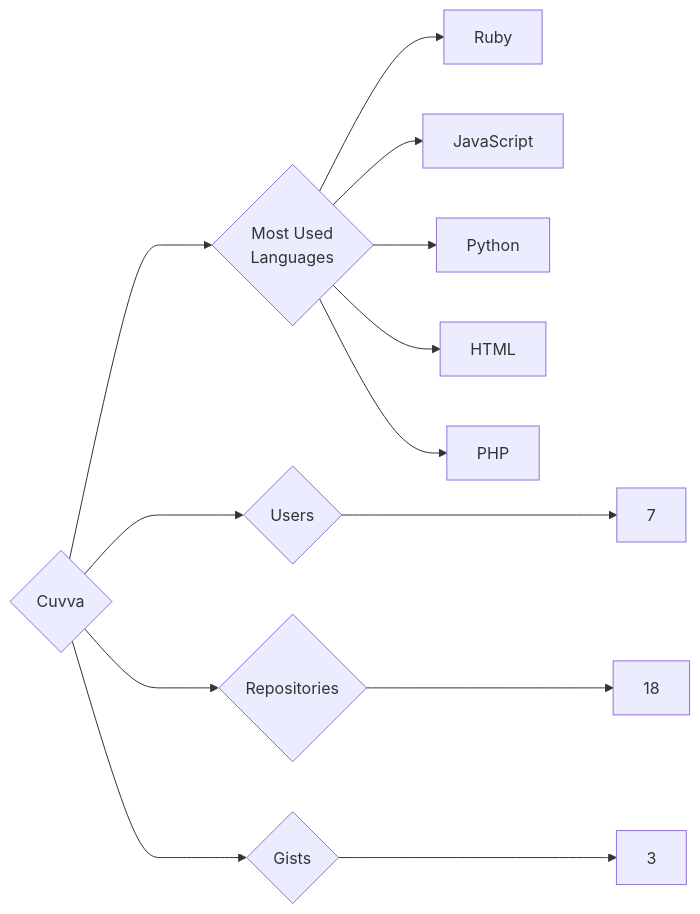
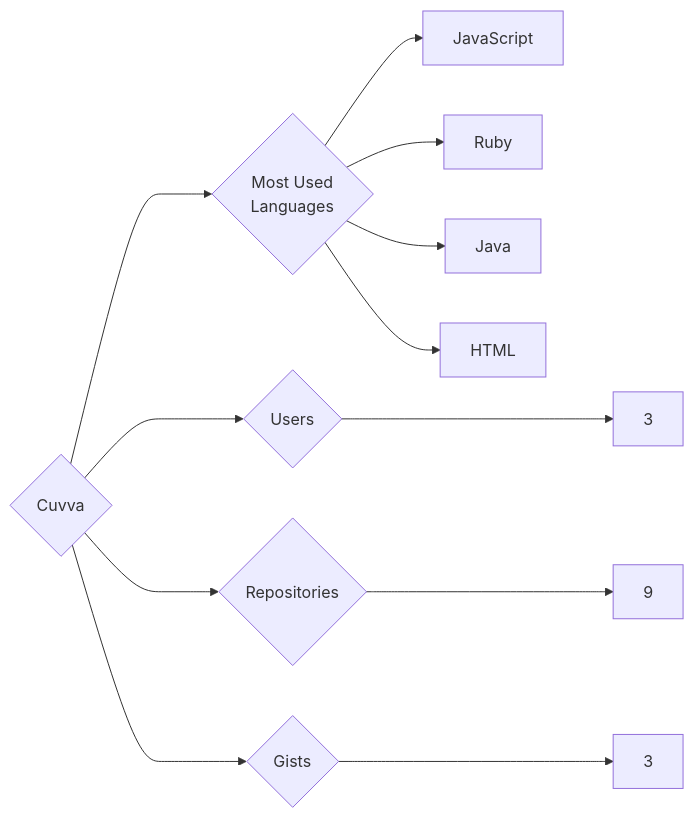
One commit to trickest/insiders changed the diagram in targets/Cuvva/README.md. Above: the diagram before and after it, drawn with Mermaid. The commit also changed 1078 other files, not shown here.

````diff
--- a/targets/Cuvva/README.md
+++ b/targets/Cuvva/README.md
@@ -3,13 +3,12 @@
 ```mermaid
 graph LR
 COMPANY_NAME{Cuvva}
-COMPANY_NAME ---> U{Users} ---> UN[7]
-COMPANY_NAME ---> R{Repositories} ---> RN[18]
+COMPANY_NAME ---> U{Users} ---> UN[3]
+COMPANY_NAME ---> R{Repositories} ---> RN[9]
 COMPANY_NAME ---> G{Gists} ---> GN[3]
 COMPANY_NAME ---> ML{Most Used<br>Languages}
+ML --> JavaScript[JavaScript]
 ML --> Ruby[Ruby]
-ML --> JavaScript[JavaScript]
-ML --> Python[Python]
+ML --> Java[Java]
 ML --> HTML[HTML]
-ML --> PHP[PHP]
 ```
````
